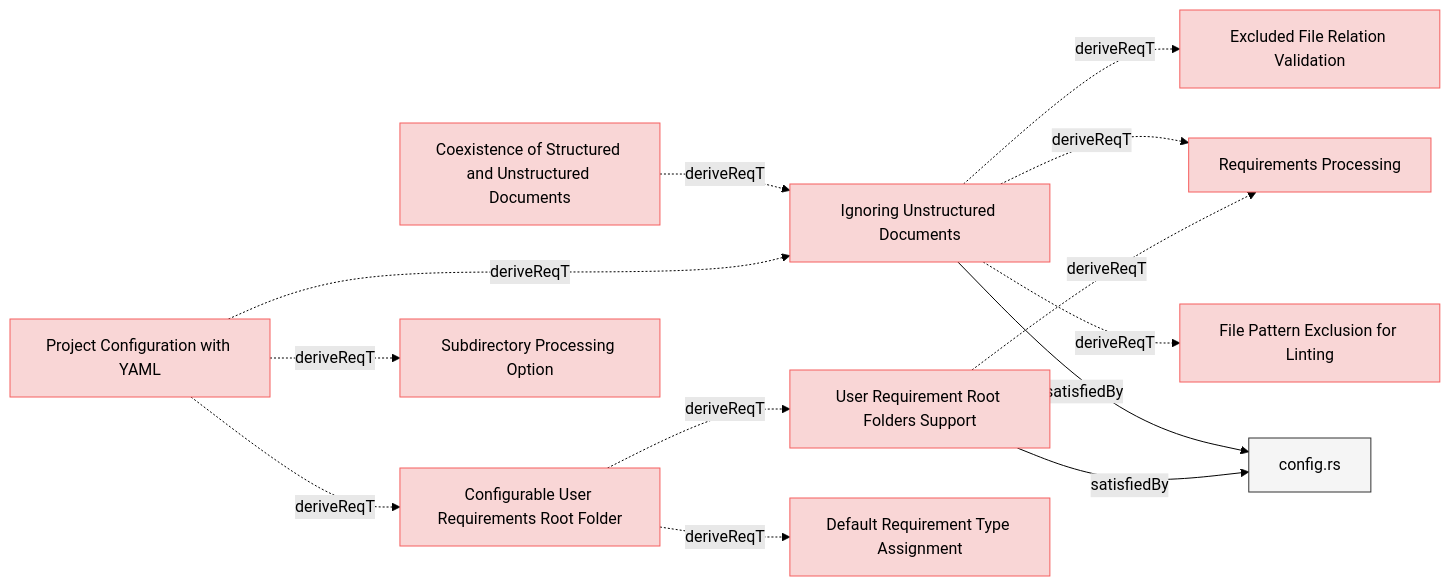
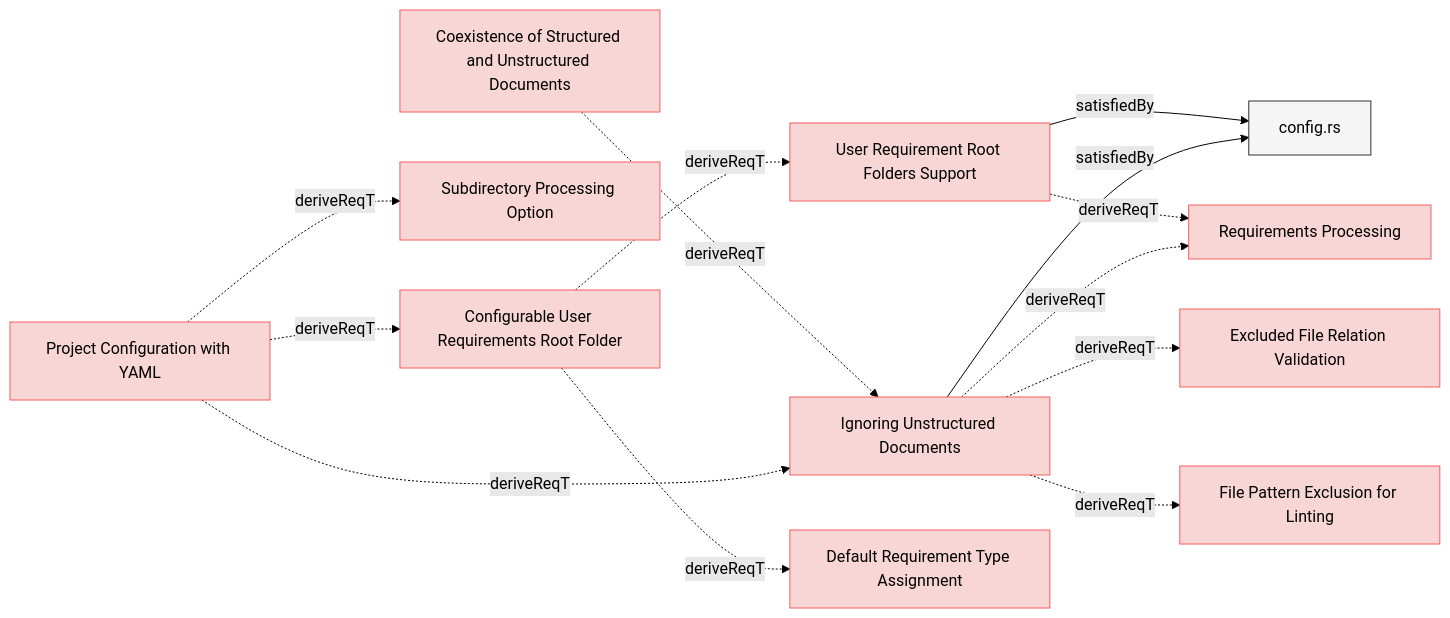
Before and after one commit to reqvire-org/reqvire: the second of 8 diagrams in specifications/SystemRequirements/Requirements.md, drawn with Mermaid (forest theme). The commit also changed other lines of this file and 34 other files, not shown here.

````diff
--- a/specifications/SystemRequirements/Requirements.md
+++ b/specifications/SystemRequirements/Requirements.md
@@ -190,58 +190,58 @@
 ```mermaid
 graph LR;
   %% REQVIRE-AUTOGENERATED-DIAGRAM
   %% Graph styling
   classDef requirement fill:#f9d6d6,stroke:#f55f5f,stroke-width:1px;
   classDef verification fill:#d6f9d6,stroke:#5fd75f,stroke-width:1px;
   classDef externalLink fill:#d0e0ff,stroke:#3080ff,stroke-width:1px;
   classDef default fill:#f5f5f5,stroke:#333333,stroke-width:1px;
 
   be83c2991e9535c7["Ignoring Unstructured Documents"];
   class be83c2991e9535c7 requirement;
   click be83c2991e9535c7 "Requirements.md#ignoring-unstructured-documents";
   8419dcc77d92b609["config.rs"];
   class 8419dcc77d92b609 default;
   click 8419dcc77d92b609 "../../cli/src/config.rs";
   be83c2991e9535c7 -->|satisfiedBy| 8419dcc77d92b609;
+  929c6c204cb3fedb["Excluded File Relation Validation"];
+  class 929c6c204cb3fedb requirement;
+  click 929c6c204cb3fedb "Requirements.md#excluded-file-relation-validation";
+  be83c2991e9535c7 -.->|deriveReqT| 929c6c204cb3fedb;
   bed8d0948b3e5ccd["Requirements Processing"];
   class bed8d0948b3e5ccd requirement;
   click bed8d0948b3e5ccd "Requirements.md#requirements-processing";
   be83c2991e9535c7 -.->|deriveReqT| bed8d0948b3e5ccd;
   bef37c31db69b66a["File Pattern Exclusion for Linting"];
   class bef37c31db69b66a requirement;
   click bef37c31db69b66a "Requirements.md#file-pattern-exclusion-for-linting";
   be83c2991e9535c7 -.->|deriveReqT| bef37c31db69b66a;
-  929c6c204cb3fedb["Excluded File Relation Validation"];
-  class 929c6c204cb3fedb requirement;
-  click 929c6c204cb3fedb "Requirements.md#excluded-file-relation-validation";
-  be83c2991e9535c7 -.->|deriveReqT| 929c6c204cb3fedb;
   a9d6e2569d5acd60["User Requirement Root Folders Support"];
   class a9d6e2569d5acd60 requirement;
   click a9d6e2569d5acd60 "Requirements.md#user-requirement-root-folders-support";
   8419dcc77d92b609["config.rs"];
   class 8419dcc77d92b609 default;
   click 8419dcc77d92b609 "../../cli/src/config.rs";
   a9d6e2569d5acd60 -->|satisfiedBy| 8419dcc77d92b609;
   a9d6e2569d5acd60 -.->|deriveReqT| bed8d0948b3e5ccd;
-  f0d721424636370e["Coexistence of Structured and Unstructured Documents"];
-  class f0d721424636370e requirement;
-  click f0d721424636370e "../ManagingMbseModelsRequirements.md#coexistence-of-structured-and-unstructured-documents";
-  f0d721424636370e -.->|deriveReqT| be83c2991e9535c7;
   16b4b380c917deb1["Project Configuration with YAML"];
   class 16b4b380c917deb1 requirement;
   click 16b4b380c917deb1 "../ManagingMbseModelsRequirements.md#project-configuration-with-yaml";
   16b4b380c917deb1 -.->|deriveReqT| be83c2991e9535c7;
   d9354ef2eca0f2d0["Configurable User Requirements Root Folder"];
   class d9354ef2eca0f2d0 requirement;
   click d9354ef2eca0f2d0 "../ManagingMbseModelsRequirements.md#configurable-user-requirements-root-folder";
   16b4b380c917deb1 -.->|deriveReqT| d9354ef2eca0f2d0;
   7bdf935ec6d8effe["Subdirectory Processing Option"];
   class 7bdf935ec6d8effe requirement;
   click 7bdf935ec6d8effe "Requirements.md#subdirectory-processing-option";
   16b4b380c917deb1 -.->|deriveReqT| 7bdf935ec6d8effe;
+  d9354ef2eca0f2d0 -.->|deriveReqT| a9d6e2569d5acd60;
   c9cc6878a73bb951["Default Requirement Type Assignment"];
   class c9cc6878a73bb951 requirement;
   click c9cc6878a73bb951 "../ManagingMbseModelsRequirements.md#default-requirement-type-assignment";
   d9354ef2eca0f2d0 -.->|deriveReqT| c9cc6878a73bb951;
-  d9354ef2eca0f2d0 -.->|deriveReqT| a9d6e2569d5acd60;
+  f0d721424636370e["Coexistence of Structured and Unstructured Documents"];
+  class f0d721424636370e requirement;
+  click f0d721424636370e "../ManagingMbseModelsRequirements.md#coexistence-of-structured-and-unstructured-documents";
+  f0d721424636370e -.->|deriveReqT| be83c2991e9535c7;
 ```
````
